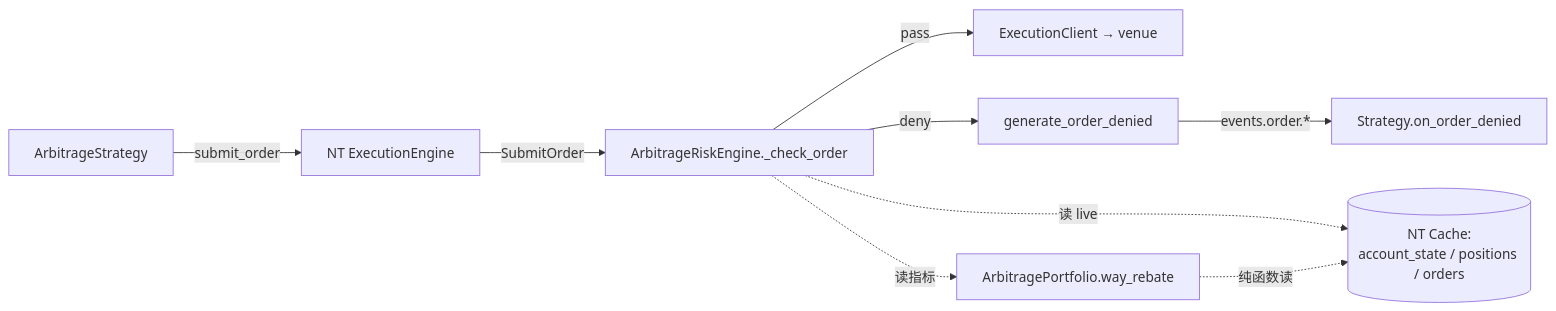
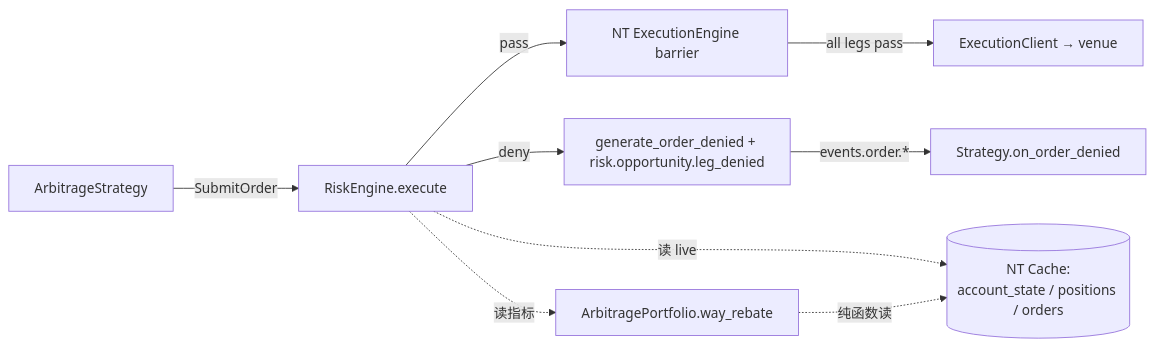
Before and after one commit to psnewer/nautilus_trader: the first of 3 diagrams in docs/arbitrage/architectures/risk/architecture.md, drawn with Mermaid. The commit also changed other lines of this file and 24 other files, not shown here.

````diff
--- a/docs/arbitrage/architectures/risk/architecture.md
+++ b/docs/arbitrage/architectures/risk/architecture.md
@@ -35,11 +35,11 @@
 ```mermaid
 flowchart LR
-  S[ArbitrageStrategy] -->|submit_order| EE[NT ExecutionEngine]
-  EE -->|SubmitOrder| RE[ArbitrageRiskEngine._check_order]
-  RE -->|pass| EC[ExecutionClient → venue]
-  RE -->|deny| OD[generate_order_denied]
+  S[ArbitrageStrategy] -->|SubmitOrder| RE[RiskEngine.execute]
+  RE -->|pass| EE[NT ExecutionEngine barrier]
+  EE -->|all legs pass| EC[ExecutionClient → venue]
+  RE -->|deny| OD[generate_order_denied + risk.opportunity.leg_denied]
   OD -->|events.order.*| S2[Strategy.on_order_denied]
   RE -.读 live.-> CACHE[(NT Cache:<br/>account_state / positions / orders)]
   RE -.读指标.-> AP[ArbitragePortfolio.way_rebate]
   AP -.纯函数读.-> CACHE
 ```
````
